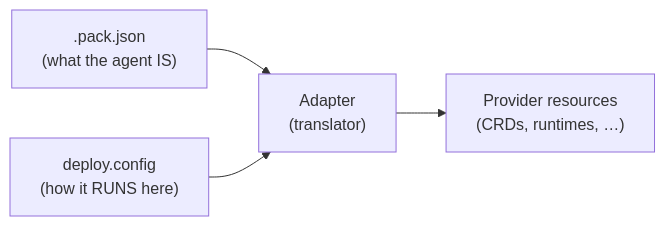
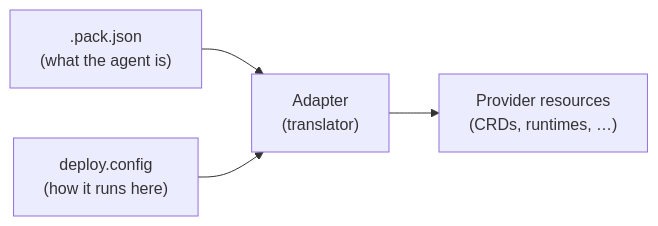
Before and after one commit to AltairaLabs/promptarena: the diagram in docs/src/content/docs/arena/explanation/deploy/anatomy.md, drawn with Mermaid. The commit also changed other lines of this file and 17 other files, not shown here.

First line of the commit message:
docs: verify deploy how-to and explanation pages against code

````diff
--- a/docs/src/content/docs/arena/explanation/deploy/anatomy.md
+++ b/docs/src/content/docs/arena/explanation/deploy/anatomy.md
@@ -20,10 +29,10 @@
 ```mermaid
 flowchart LR
-  pack[".pack.json<br/>(what the agent IS)"]
-  config["deploy.config<br/>(how it RUNS here)"]
+  pack[".pack.json<br/>(what the agent is)"]
+  config["deploy.config<br/>(how it runs here)"]
   adapter["Adapter<br/>(translator)"]
   target["Provider resources<br/>(CRDs, runtimes, …)"]
   pack --> adapter
   config --> adapter
   adapter --> target
 ```
````
